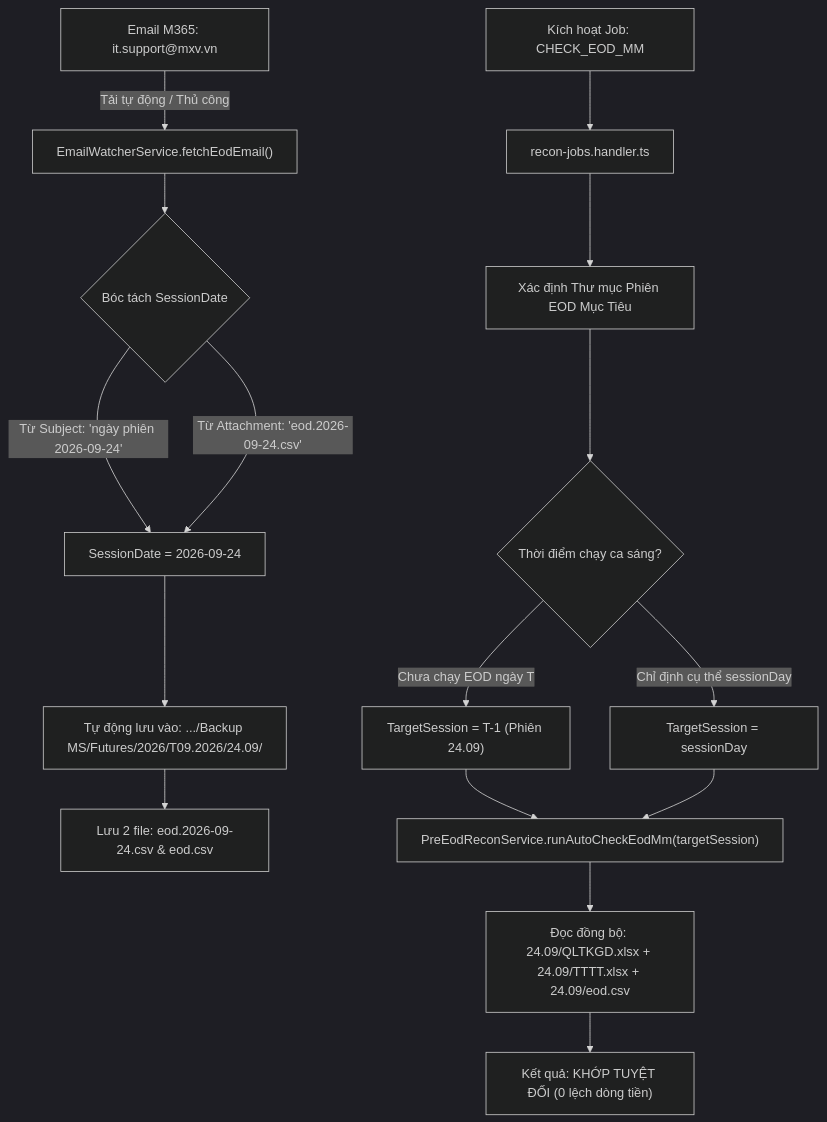
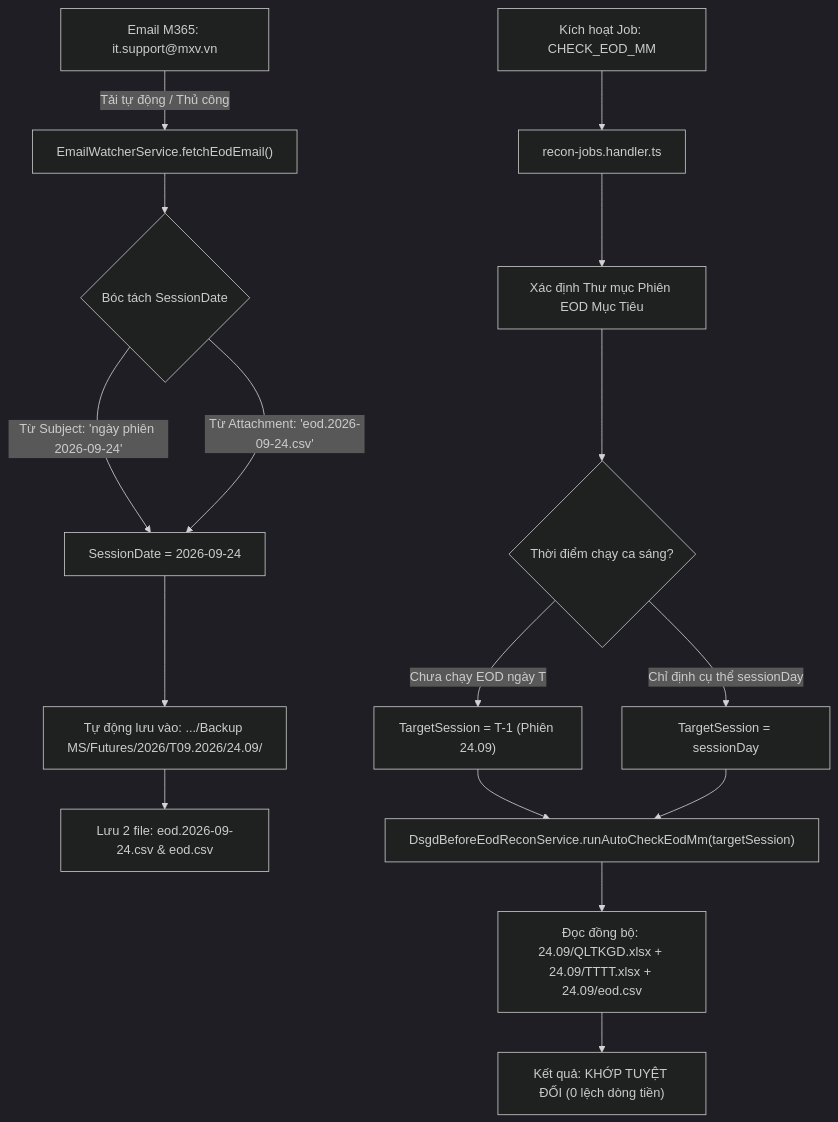
Before and after one commit to broly1009a/mxv-shift-checklist: the diagram in docs/moi/TAI_LIEU_THIET_KE_CAP_NHAT_LUU_VA_DOI_CHIEU_EOD_CHUAN_CSHARP.md, drawn with Mermaid (dark theme). The commit also changed other lines of this file and 165 other files, not shown here.

````diff
--- a/docs/moi/TAI_LIEU_THIET_KE_CAP_NHAT_LUU_VA_DOI_CHIEU_EOD_CHUAN_CSHARP.md
+++ b/docs/moi/TAI_LIEU_THIET_KE_CAP_NHAT_LUU_VA_DOI_CHIEU_EOD_CHUAN_CSHARP.md
@@ -140,19 +150,19 @@
 ```mermaid
 flowchart TD
     A["Email M365: it.support@mxv.vn"] -->|"Tải tự động / Thủ công"| B["EmailWatcherService.fetchEodEmail()"]
     B --> C{"Bóc tách SessionDate"}
     C -->|"Từ Subject: 'ngày phiên 2026-09-24'"| D["SessionDate = 2026-09-24"]
     C -->|"Từ Attachment: 'eod.2026-09-24.csv'"| D
     D --> E["Tự động lưu vào: .../Backup MS/Futures/2026/T09.2026/24.09/"]
     E --> F["Lưu 2 file: eod.2026-09-24.csv & eod.csv"]
 
     G["Kích hoạt Job: CHECK_EOD_MM"] --> H["recon-jobs.handler.ts"]
     H --> I["Xác định Thư mục Phiên EOD Mục Tiêu"]
     I --> J{"Thời điểm chạy ca sáng?"}
     J -->|"Chưa chạy EOD ngày T"| K["TargetSession = T-1 (Phiên 24.09)"]
     J -->|"Chỉ định cụ thể sessionDay"| L["TargetSession = sessionDay"]
-    K --> M["PreEodReconService.runAutoCheckEodMm(targetSession)"]
+    K --> M["DsgdBeforeEodReconService.runAutoCheckEodMm(targetSession)"]
     L --> M
     M --> N["Đọc đồng bộ: 24.09/QLTKGD.xlsx + 24.09/TTTT.xlsx + 24.09/eod.csv"]
     N --> O["Kết quả: KHỚP TUYỆT ĐỐI (0 lệch dòng tiền)"]
 ```
````
